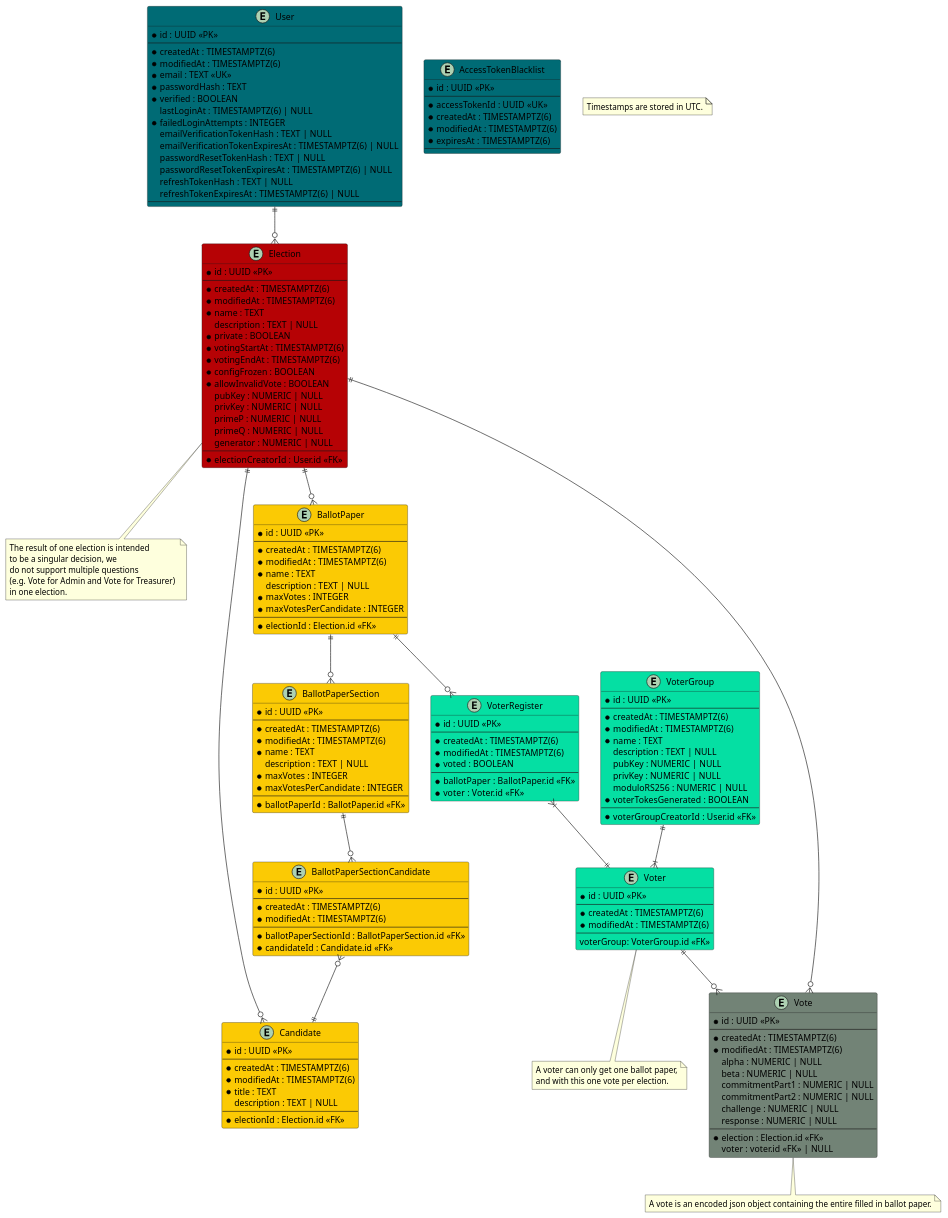
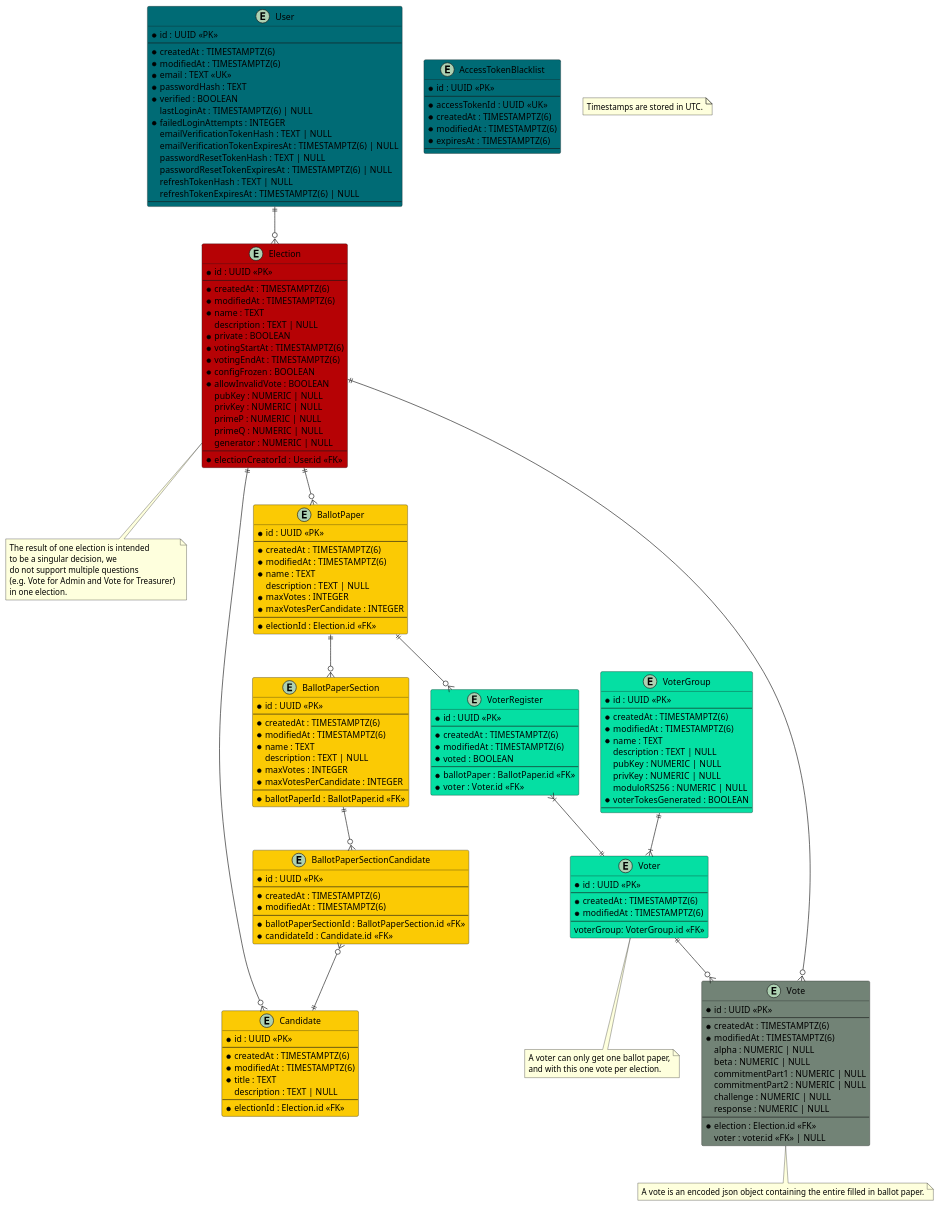
One commit to SE-UUlm/votura changed the diagram in apps/docs/static/uml/dataModel.puml. Above: the diagram before and after it, drawn with PlantUML.

Commit message:
#119: Remove voterGroupCreatorId field from VoterGroup entity

```diff
--- a/apps/docs/static/uml/dataModel.puml
+++ b/apps/docs/static/uml/dataModel.puml
@@ -1,196 +1,195 @@
 @startuml dataModel
 
 entity "User" as user #006b75 {
     * id : UUID <<PK>>
     --
     * createdAt : TIMESTAMPTZ(6)
     * modifiedAt : TIMESTAMPTZ(6)
     * email : TEXT <<UK>>
     * passwordHash : TEXT
     * verified : BOOLEAN
     lastLoginAt : TIMESTAMPTZ(6) | NULL
     ' failed login attempts get reset on successful login
     * failedLoginAttempts : INTEGER
     emailVerificationTokenHash : TEXT | NULL
     emailVerificationTokenExpiresAt : TIMESTAMPTZ(6) | NULL
     passwordResetTokenHash : TEXT | NULL
     passwordResetTokenExpiresAt : TIMESTAMPTZ(6) | NULL
     refreshTokenHash : TEXT | NULL
     refreshTokenExpiresAt : TIMESTAMPTZ(6) | NULL
     --
 }
 
 entity "AccessTokenBlacklist" as jwtBlacklist #006b75 {
     ' this table is used to store blacklisted access tokens
     ' The jti is 36 characters long if we use UUIDv4
     * id : UUID <<PK>>
     --
     * accessTokenId : UUID <<UK>>
     * createdAt : TIMESTAMPTZ(6)
     * modifiedAt : TIMESTAMPTZ(6)
     * expiresAt : TIMESTAMPTZ(6)
     --
 }
 
 entity "Election" as elections #b60205 {
     * id : UUID <<PK>>
     --
     * createdAt : TIMESTAMPTZ(6)
     * modifiedAt : TIMESTAMPTZ(6)
     * name : TEXT
     description : TEXT | NULL
     * private : BOOLEAN
     * votingStartAt : TIMESTAMPTZ(6)
     * votingEndAt : TIMESTAMPTZ(6)
     * configFrozen : BOOLEAN
     * allowInvalidVote : BOOLEAN
     ' Is there a use case for `votesCounted`?
     ' * votesCounted : BOOLEAN
     ' Computed values such as validVotes and invalidVotes are critical - do we really want to store them?
     ' validVotes : NUMERIC | NULL
     ' invalidVotes : NUMERIC | NULL
     pubKey : NUMERIC | NULL
     privKey : NUMERIC | NULL
     primeP : NUMERIC | NULL
     primeQ : NUMERIC | NULL
     generator : NUMERIC | NULL
     --
     * electionCreatorId : User.id <<FK>>
 }
 
 note as N2
 The result of one election is intended 
 to be a singular decision, we 
 do not support multiple questions 
 (e.g. Vote for Admin and Vote for Treasurer) 
 in one election.
 end note
 
 entity "BallotPaper" as ballotPapers #fbca04 {
     * id : UUID <<PK>>
     --
     * createdAt : TIMESTAMPTZ(6)
     * modifiedAt : TIMESTAMPTZ(6)
     * name : TEXT
     description : TEXT | NULL
     * maxVotes : INTEGER
     * maxVotesPerCandidate : INTEGER
     --
     * electionId : Election.id <<FK>>
 }
 
 entity "BallotPaperSection" as ballotPaperSections #fbca04 {
     * id : UUID <<PK>>
     --
     * createdAt : TIMESTAMPTZ(6)
     * modifiedAt : TIMESTAMPTZ(6)
     * name : TEXT
     description : TEXT | NULL
     * maxVotes : INTEGER
     * maxVotesPerCandidate : INTEGER
     --
     * ballotPaperId : BallotPaper.id <<FK>>
 }
 
 entity "BallotPaperSectionCandidate" as ballotPaperSectionCandidates #fbca04 {
     * id : UUID <<PK>>
     --
     * createdAt : TIMESTAMPTZ(6)
     * modifiedAt : TIMESTAMPTZ(6)
     --
     * ballotPaperSectionId : BallotPaperSection.id <<FK>>
     * candidateId : Candidate.id <<FK>>
 }
 
 entity "Candidate" as candidates #fbca04 {
     * id : UUID <<PK>>
     --
     * createdAt : TIMESTAMPTZ(6)
     * modifiedAt : TIMESTAMPTZ(6)
     * title : TEXT
     description : TEXT | NULL
     --
     * electionId : Election.id <<FK>>
 }
 
 entity "Vote" as votes #728376 {
     * id : UUID <<PK>>
     --
     * createdAt : TIMESTAMPTZ(6)
     * modifiedAt : TIMESTAMPTZ(6)
     alpha : NUMERIC | NULL
     beta : NUMERIC | NULL
     commitmentPart1 : NUMERIC | NULL
     commitmentPart2 : NUMERIC | NULL
     challenge : NUMERIC | NULL
     response : NUMERIC | NULL
     --
     * election : Election.id <<FK>>
     ' if the vote isn't secret, voter can be saved
     voter : voter.id <<FK>> | NULL
 }
 note as N4
 A vote is an encoded json object containing the entire filled in ballot paper.
 end note
 
 entity "VoterRegister" as voterRegisters #05DFA3 {
     * id : UUID <<PK>>
     --
     * createdAt : TIMESTAMPTZ(6)
     * modifiedAt : TIMESTAMPTZ(6)
     * voted : BOOLEAN
     --
     * ballotPaper : BallotPaper.id <<FK>>
     * voter : Voter.id <<FK>>
 }
 
 entity "Voter" as voters #05DFA3 {
     * id : UUID <<PK>>
     --
     * createdAt : TIMESTAMPTZ(6)
     * modifiedAt : TIMESTAMPTZ(6)
     --
     voterGroup: VoterGroup.id <<FK>>
 }
 note as N3
 A voter can only get one ballot paper,
 and with this one vote per election.
 end note
 
 entity "VoterGroup" as voterGroups #05DFA3 {
     * id : UUID <<PK>>
     --
     * createdAt : TIMESTAMPTZ(6)
     * modifiedAt : TIMESTAMPTZ(6)
     * name : TEXT
     description : TEXT | NULL
     pubKey : NUMERIC | NULL
     privKey : NUMERIC | NULL
     moduloRS256 : NUMERIC | NULL
     * voterTokesGenerated : BOOLEAN
     --
-    * voterGroupCreatorId : User.id <<FK>>
 }
 
 note as N1
 Timestamps are stored in UTC.
 end note
 
 user ||--o{ elections
 elections ||--o{ ballotPapers
 elections -- N2
 elections ||--o{ candidates
 ballotPapers ||--o{ voterRegisters
 voterRegisters }|--|| voters
 ballotPapers ||--o{ ballotPaperSections
 ' ballotPaperSections -- C_2
 ballotPaperSections ||--o{ ballotPaperSectionCandidates
 ballotPaperSectionCandidates }o--|| candidates
 votes }o--|| elections
 voters ||--o{ votes
 voterGroups ||--|{ voters
 voters -- N3
 votes -- N4
 
 
 @enduml
```
